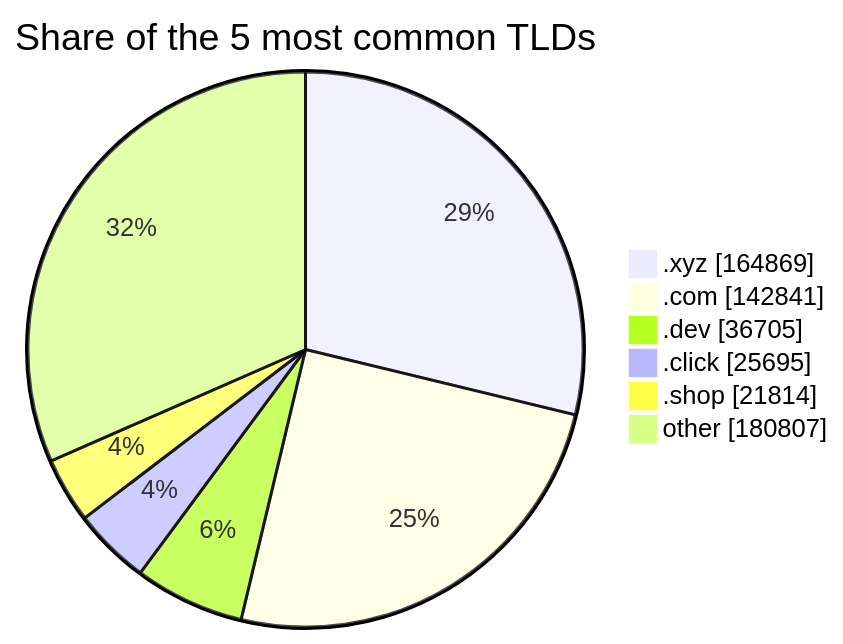
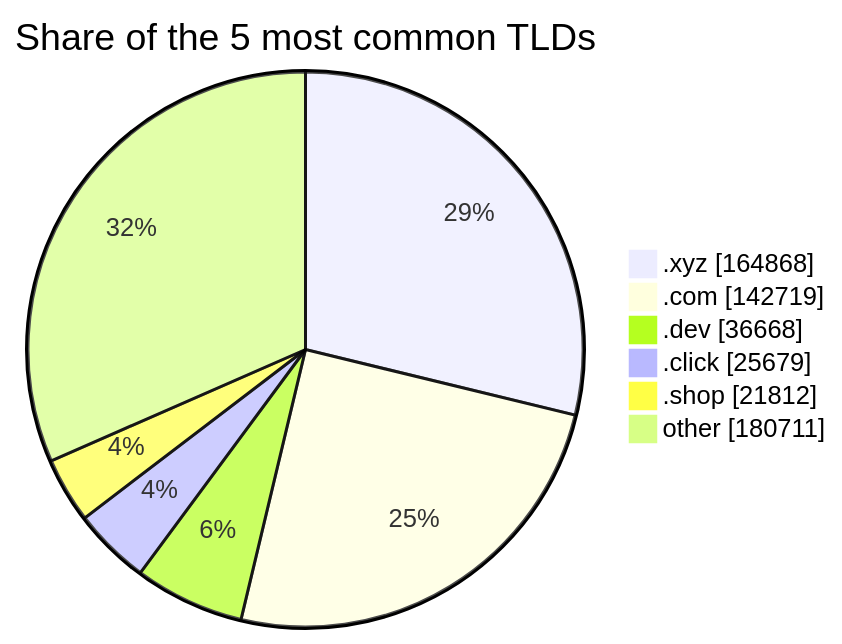
Before and after one commit to DNSBunker/CTI: the third of 3 diagrams in README.md, drawn with Mermaid. The commit also changed other lines of this file and 3 other files, not shown here.

````diff
--- a/README.md
+++ b/README.md
@@ -81,9 +81,9 @@
 ```mermaid
 pie showData title Share of the 5 most common TLDs
-    ".xyz" : 164869
-    ".com" : 142841
-    ".dev" : 36705
-    ".click" : 25695
-    ".shop" : 21814
-    "other" : 180807
+    ".xyz" : 164868
+    ".com" : 142719
+    ".dev" : 36668
+    ".click" : 25679
+    ".shop" : 21812
+    "other" : 180711
 ```
````
